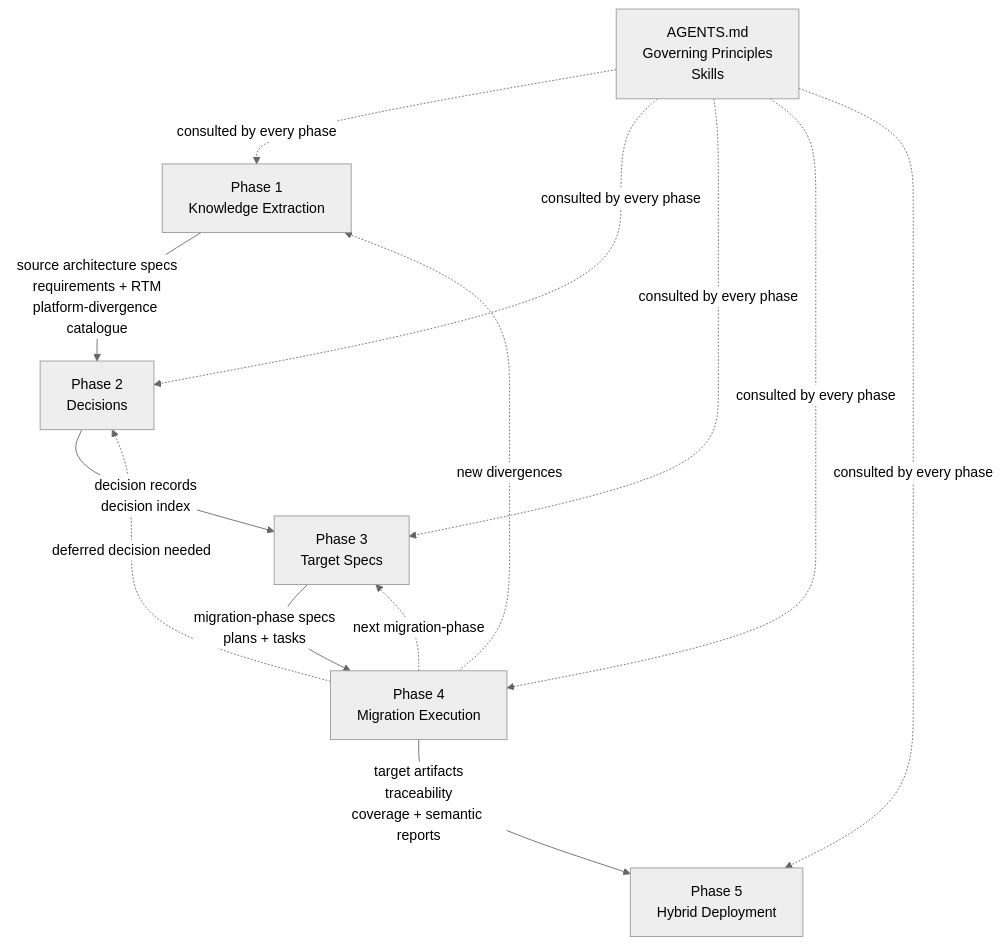
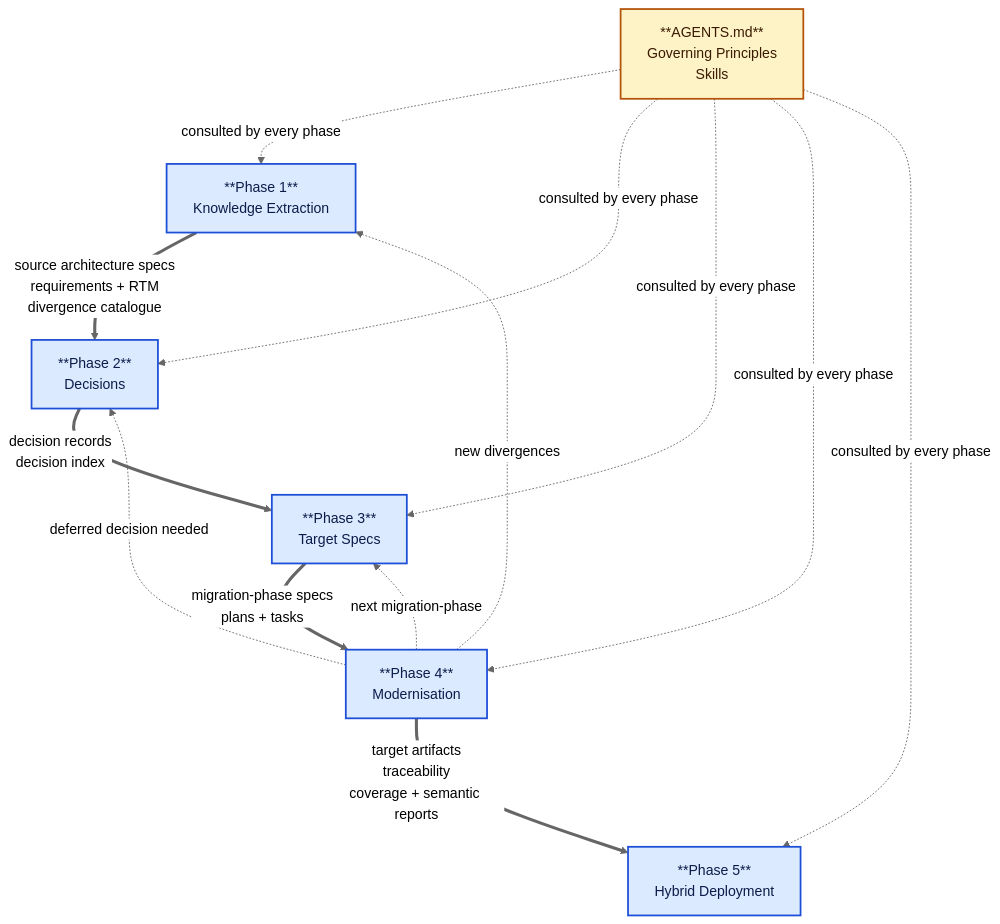
Before and after one commit to rd162/OSS_Migration: the fifth of 5 diagrams in docs/ai-assisted-migration-architecture.md, drawn with Mermaid (neutral theme). The commit also changed other lines of this file and 1 other file, not shown here.

First line of the commit message:
``` Draft ai-assisted-migration-architecture.md v0.9

````diff
--- a/docs/ai-assisted-migration-architecture.md
+++ b/docs/ai-assisted-migration-architecture.md
@@ -1716,16 +1841,25 @@
 ```mermaid
+---
+config:
+  flowchart:
+    htmlLabels: true
+---
 flowchart TB
-    P1[Phase 1<br/>Knowledge Extraction] -->|source architecture specs<br/>requirements + RTM<br/>platform-divergence catalogue| P2[Phase 2<br/>Decisions]
-    P2 -->|decision records<br/>decision index| P3[Phase 3<br/>Target Specs]
-    P3 -->|migration-phase specs<br/>plans + tasks| P4[Phase 4<br/>Migration Execution]
-    P4 -->|target artifacts<br/>traceability<br/>coverage + semantic reports| P5[Phase 5<br/>Hybrid Deployment]
-    P4 -.new divergences.-> P1
-    P4 -.deferred decision needed.-> P2
-    P4 -.next migration-phase.-> P3
+    P1["**Phase 1**<br/>Knowledge Extraction"]:::phase ==>|source architecture specs<br/>requirements + RTM<br/>divergence catalogue| P2["**Phase 2**<br/>Decisions"]:::phase
+    P2 ==>|decision records<br/>decision index| P3["**Phase 3**<br/>Target Specs"]:::phase
+    P3 ==>|migration-phase specs<br/>plans + tasks| P4["**Phase 4**<br/>Modernisation"]:::phase
+    P4 ==>|target artifacts<br/>traceability<br/>coverage + semantic reports| P5["**Phase 5**<br/>Hybrid Deployment"]:::phase
+    P4 -. new divergences .-> P1
+    P4 -. deferred decision needed .-> P2
+    P4 -. next migration-phase .-> P3
 
-    GF[AGENTS.md<br/>Governing Principles<br/>Skills] -.consulted by every phase.-> P1
-    GF -.consulted by every phase.-> P2
-    GF -.consulted by every phase.-> P3
-    GF -.consulted by every phase.-> P4
-    GF -.consulted by every phase.-> P5
+    GF["**AGENTS.md**<br/>Governing Principles<br/>Skills"]:::gov
+    GF -. consulted by every phase .-> P1
+    GF -. consulted by every phase .-> P2
+    GF -. consulted by every phase .-> P3
+    GF -. consulted by every phase .-> P4
+    GF -. consulted by every phase .-> P5
+
+    classDef phase fill:#dbeafe,stroke:#1d4ed8,stroke-width:2px,color:#0c1c4a;
+    classDef gov fill:#fef3c7,stroke:#b45309,stroke-width:2px,color:#3a1a00;
 ```
````
